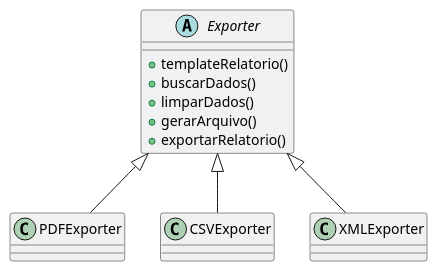
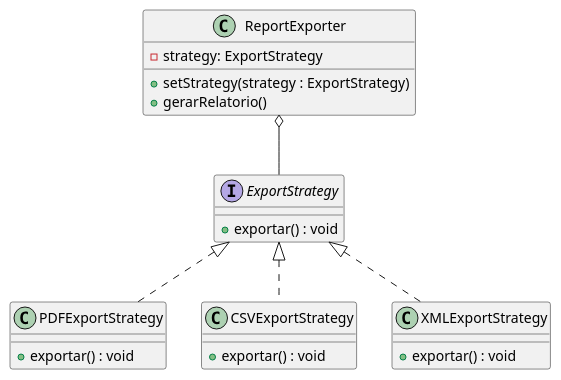
Before and after one commit to Davi-SC/padroes-projeto: the diagram in exercicios-prova01/questao01/src/DiagramClassesQ01.puml, drawn with PlantUML. The commit also changed 11 other files, not shown here.

```diff
--- a/exercicios-prova01/questao01/src/DiagramClassesQ01.puml
+++ b/exercicios-prova01/questao01/src/DiagramClassesQ01.puml
@@ -1,18 +1,41 @@
 @startuml
 'https://plantuml.com/class-diagram
 
-abstract class Exporter{
-+ templateRelatorio()
-+ buscarDados()
-+ limparDados()
-+ gerarArquivo()
-+ exportarRelatorio()
+'abstract class Exporter{
+'+ templateRelatorio()
+'+ buscarDados()
+'+ limparDados()
+'+ gerarArquivo()
+'+ imprimirRelatorio()
+'}
+
+'class PDFExporter extends Exporter{}
+'class CSVExporter extends Exporter{}
+'class XMLExporter extends Exporter{}
+
+interface ExportStrategy{
+    + exportar() : void
 }
 
-class PDFExporter extends Exporter{}
-class CSVExporter extends Exporter{}
-class XMLExporter extends Exporter{}
+class ReportExporter{
+    - strategy: ExportStrategy
+    + setStrategy(strategy : ExportStrategy)
+    + gerarRelatorio()
+}
 
+class PDFExportStrategy implements ExportStrategy{
+    + exportar() : void
+}
+
+class CSVExportStrategy implements ExportStrategy{
+    + exportar() : void
+}
+
+class XMLExportStrategy implements ExportStrategy{
+    + exportar() : void
+}
+
+ReportExporter o-- ExportStrategy
 
 
 @enduml
```
